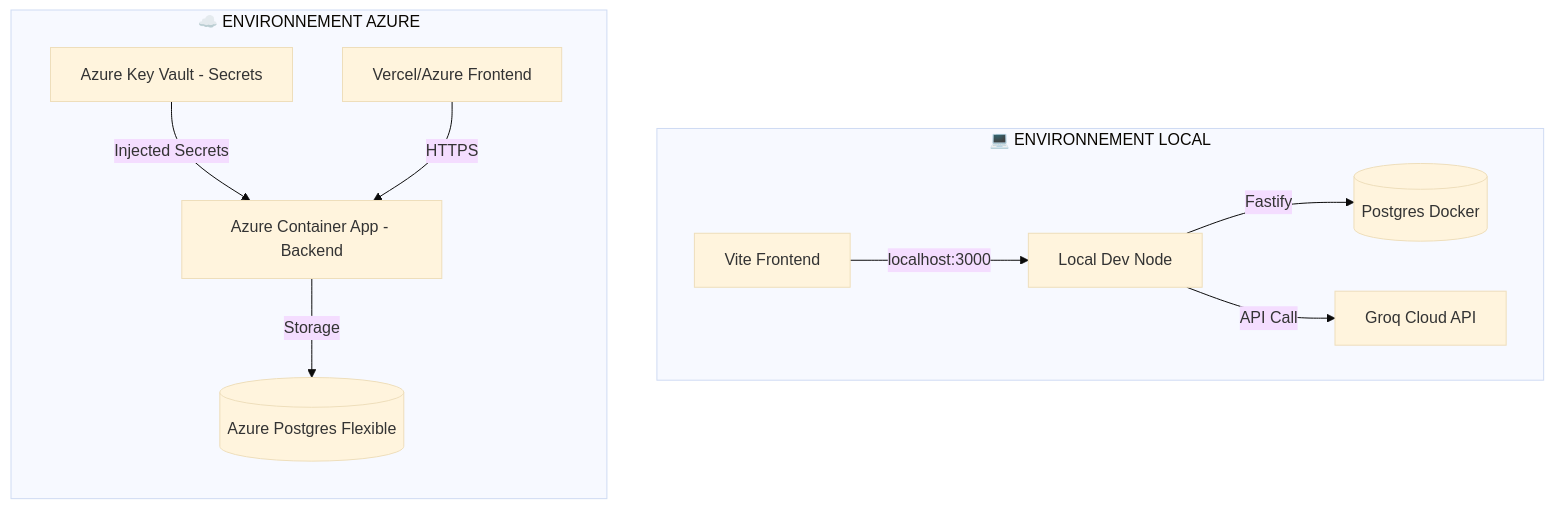
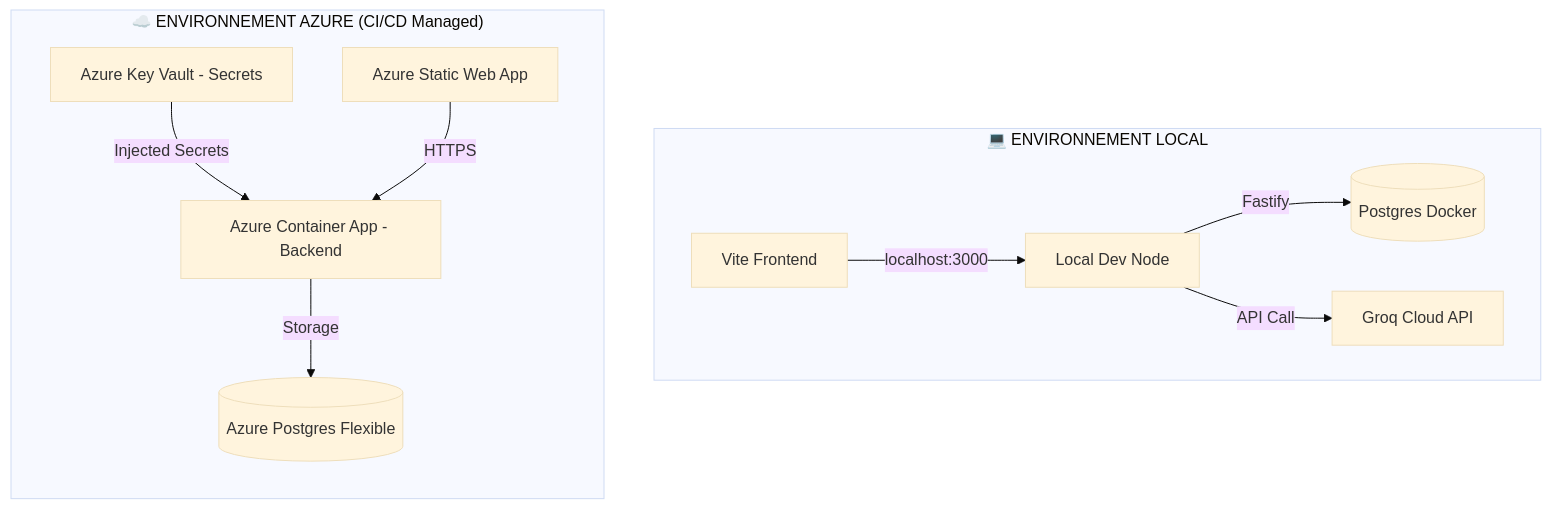
The first of 2 diagrams in README.md (MichaelG-create/grade-scale), drawn with Mermaid (base theme) before and after one commit. The commit also changed other lines of this file, not shown here.

````diff
--- a/README.md
+++ b/README.md
@@ -119,18 +127,18 @@
 ```mermaid
 graph TD
     subgraph "💻 ENVIRONNEMENT LOCAL"
         LD[Local Dev Node] -->|Fastify| LDB[(Postgres Docker)]
         LD -->|API Call| GROQ[Groq Cloud API]
         FE_L[Vite Frontend] -->|localhost:3000| LD
     end
 
-    subgraph "☁️ ENVIRONNEMENT AZURE"
+    subgraph "☁️ ENVIRONNEMENT AZURE (CI/CD Managed)"
         direction TB
         ACA[Azure Container App - Backend]
         APG[(Azure Postgres Flexible)]
         AKV[Azure Key Vault - Secrets]
         ACA -->|Storage| APG
         AKV -->|Injected Secrets| ACA
-        FE_V[Vercel/Azure Frontend] -->|HTTPS| ACA
+        FE_A[Azure Static Web App] -->|HTTPS| ACA
     end
 ```
````
